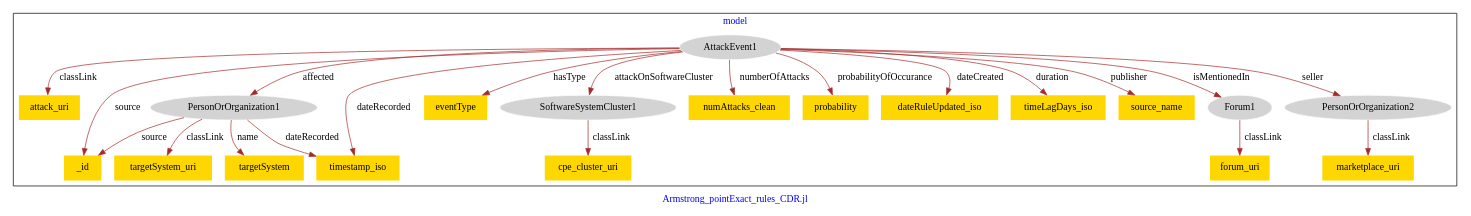
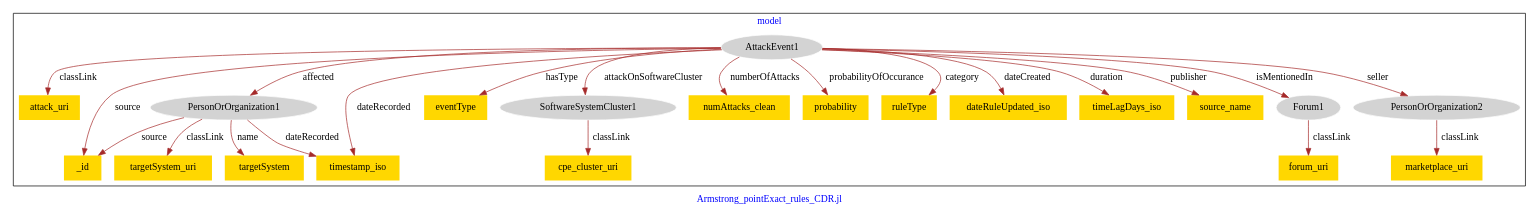
One commit to usc-isi-i2/effect-alignment changed the diagram in models/asu-dark-mention-rules/asu-dark-mention-rules-model.dot. Above: the diagram before and after it, drawn with Graphviz.

Commit message:
Update file asu-dark-mention-rules-model.dot

```diff
--- a/models/asu-dark-mention-rules/asu-dark-mention-rules-model.dot
+++ b/models/asu-dark-mention-rules/asu-dark-mention-rules-model.dot
@@ -1,47 +1,49 @@
 digraph n0 {
 fontcolor="blue"
 remincross="true"
 label="Armstrong_pointExact_rules_CDR.jl"
 subgraph cluster {
 label="model"
 n2[style="filled",color="white",fillcolor="lightgray",label="AttackEvent1"];
 n3[shape="plaintext",style="filled",fillcolor="gold",label="attack_uri"];
 n4[style="filled",color="white",fillcolor="lightgray",label="PersonOrOrganization1"];
 n5[style="filled",color="white",fillcolor="lightgray",label="SoftwareSystemCluster1"];
 n6[shape="plaintext",style="filled",fillcolor="gold",label="timestamp_iso"];
 n7[shape="plaintext",style="filled",fillcolor="gold",label="eventType"];
 n8[style="filled",color="white",fillcolor="lightgray",label="Forum1"];
 n9[shape="plaintext",style="filled",fillcolor="gold",label="numAttacks_clean"];
 n10[shape="plaintext",style="filled",fillcolor="gold",label="probability"];
-n11[shape="plaintext",style="filled",fillcolor="gold",label="dateRuleUpdated_iso"];
-n12[shape="plaintext",style="filled",fillcolor="gold",label="timeLagDays_iso"];
-n13[shape="plaintext",style="filled",fillcolor="gold",label="source_name"];
-n14[style="filled",color="white",fillcolor="lightgray",label="PersonOrOrganization2"];
-n15[shape="plaintext",style="filled",fillcolor="gold",label="_id"];
-n16[shape="plaintext",style="filled",fillcolor="gold",label="forum_uri"];
-n17[shape="plaintext",style="filled",fillcolor="gold",label="targetSystem_uri"];
-n18[shape="plaintext",style="filled",fillcolor="gold",label="targetSystem"];
-n19[shape="plaintext",style="filled",fillcolor="gold",label="marketplace_uri"];
-n20[shape="plaintext",style="filled",fillcolor="gold",label="cpe_cluster_uri"];
+n11[shape="plaintext",style="filled",fillcolor="gold",label="ruleType"];
+n12[shape="plaintext",style="filled",fillcolor="gold",label="dateRuleUpdated_iso"];
+n13[shape="plaintext",style="filled",fillcolor="gold",label="timeLagDays_iso"];
+n14[shape="plaintext",style="filled",fillcolor="gold",label="source_name"];
+n15[style="filled",color="white",fillcolor="lightgray",label="PersonOrOrganization2"];
+n16[shape="plaintext",style="filled",fillcolor="gold",label="_id"];
+n17[shape="plaintext",style="filled",fillcolor="gold",label="forum_uri"];
+n18[shape="plaintext",style="filled",fillcolor="gold",label="targetSystem_uri"];
+n19[shape="plaintext",style="filled",fillcolor="gold",label="targetSystem"];
+n20[shape="plaintext",style="filled",fillcolor="gold",label="marketplace_uri"];
+n21[shape="plaintext",style="filled",fillcolor="gold",label="cpe_cluster_uri"];
 }
 n2 -> n3[color="brown",fontcolor="black",label="classLink"]
 n2 -> n4[color="brown",fontcolor="black",label="affected"]
 n2 -> n5[color="brown",fontcolor="black",label="attackOnSoftwareCluster"]
 n2 -> n6[color="brown",fontcolor="black",label="dateRecorded"]
 n2 -> n7[color="brown",fontcolor="black",label="hasType"]
 n2 -> n8[color="brown",fontcolor="black",label="isMentionedIn"]
 n2 -> n9[color="brown",fontcolor="black",label="numberOfAttacks"]
 n2 -> n10[color="brown",fontcolor="black",label="probabilityOfOccurance"]
-n2 -> n11[color="brown",fontcolor="black",label="dateCreated"]
-n2 -> n12[color="brown",fontcolor="black",label="duration"]
-n2 -> n13[color="brown",fontcolor="black",label="publisher"]
-n2 -> n14[color="brown",fontcolor="black",label="seller"]
-n2 -> n15[color="brown",fontcolor="black",label="source"]
-n8 -> n16[color="brown",fontcolor="black",label="classLink"]
-n4 -> n17[color="brown",fontcolor="black",label="classLink"]
-n4 -> n18[color="brown",fontcolor="black",label="name"]
-n14 -> n19[color="brown",fontcolor="black",label="classLink"]
-n5 -> n20[color="brown",fontcolor="black",label="classLink"]
-n4 -> n15[color="brown",fontcolor="black",label="source"]
+n2 -> n11[color="brown",fontcolor="black",label="category"]
+n2 -> n12[color="brown",fontcolor="black",label="dateCreated"]
+n2 -> n13[color="brown",fontcolor="black",label="duration"]
+n2 -> n14[color="brown",fontcolor="black",label="publisher"]
+n2 -> n15[color="brown",fontcolor="black",label="seller"]
+n2 -> n16[color="brown",fontcolor="black",label="source"]
+n8 -> n17[color="brown",fontcolor="black",label="classLink"]
+n4 -> n18[color="brown",fontcolor="black",label="classLink"]
+n4 -> n19[color="brown",fontcolor="black",label="name"]
+n15 -> n20[color="brown",fontcolor="black",label="classLink"]
+n5 -> n21[color="brown",fontcolor="black",label="classLink"]
+n4 -> n16[color="brown",fontcolor="black",label="source"]
 n4 -> n6[color="brown",fontcolor="black",label="dateRecorded"]
 }
```
